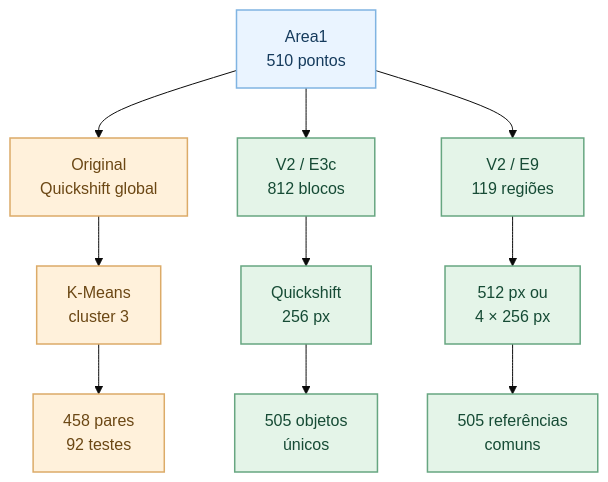
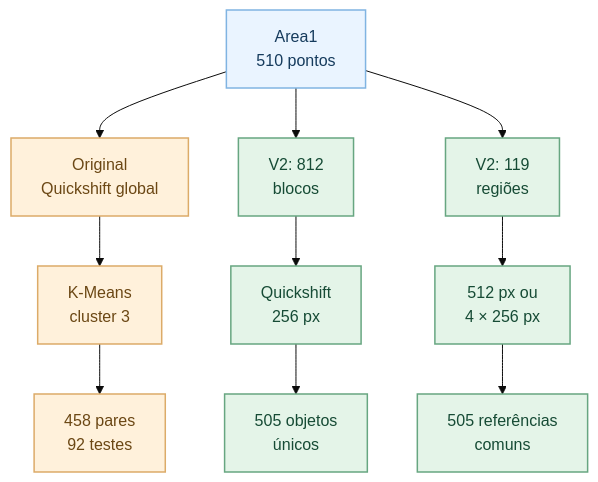
One commit to BrenoBragaGalvao/mestrado-arvores-urbanas changed the third of 6 diagrams in README.md. Above: the diagram before and after it, drawn with Mermaid (base theme). The commit also changed other lines of this file, not shown here.

````diff
--- a/README.md
+++ b/README.md
@@ -211,21 +232,21 @@
 ```mermaid
 flowchart TD
     A["Area1<br/>510 pontos"] --> B["Original<br/>Quickshift global"]
     B --> C["K-Means<br/>cluster 3"]
     C --> D["458 pares<br/>92 testes"]
 
-    A --> E["V2 / E3c<br/>812 blocos"]
+    A --> E["V2: 812<br/>blocos"]
     E --> F["Quickshift<br/>256 px"]
     F --> G["505 objetos<br/>únicos"]
 
-    A --> H["V2 / E9<br/>119 regiões"]
+    A --> H["V2: 119<br/>regiões"]
     H --> I["512 px ou<br/>4 × 256 px"]
     I --> J["505 referências<br/>comuns"]
 
     classDef origem fill:#eaf4ff,stroke:#80b4e2,color:#163b5d,stroke-width:1.5px;
     classDef historico fill:#fff1db,stroke:#dcab68,color:#6b4714,stroke-width:1.5px;
     classDef novo fill:#e4f4e8,stroke:#67a681,color:#164b35,stroke-width:1.5px;
     class A origem;
     class B,C,D historico;
     class E,F,G,H,I,J novo;
 ```
````
